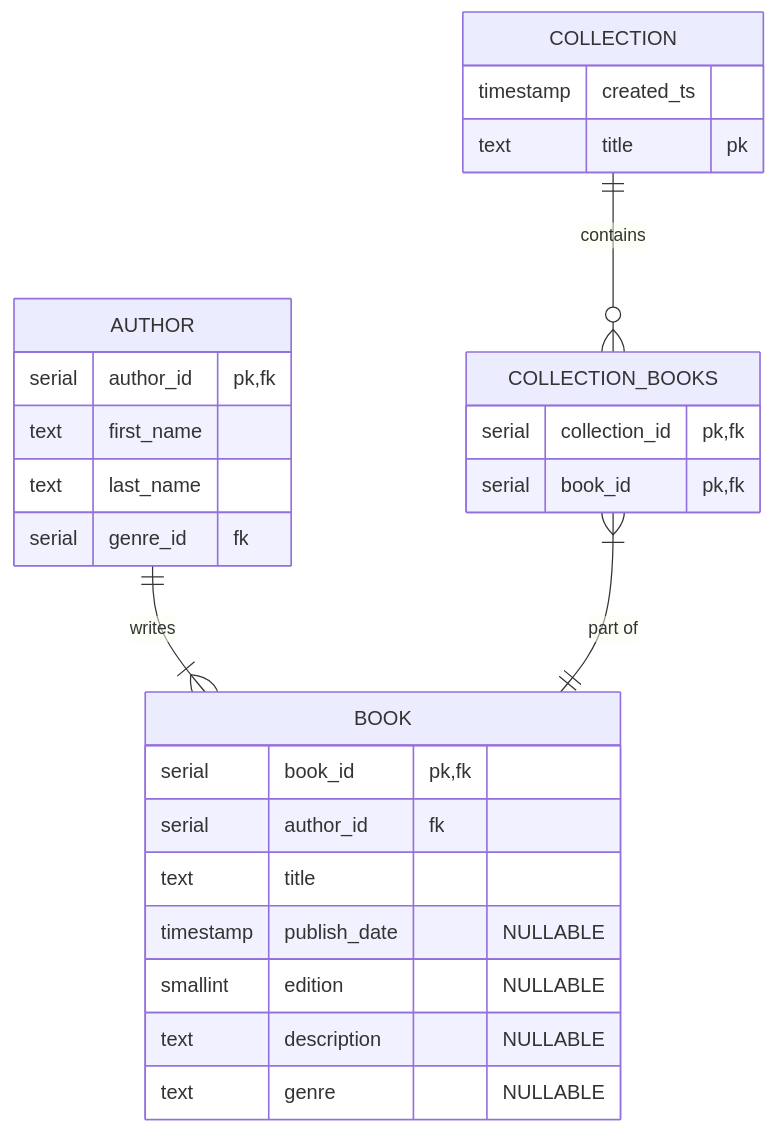
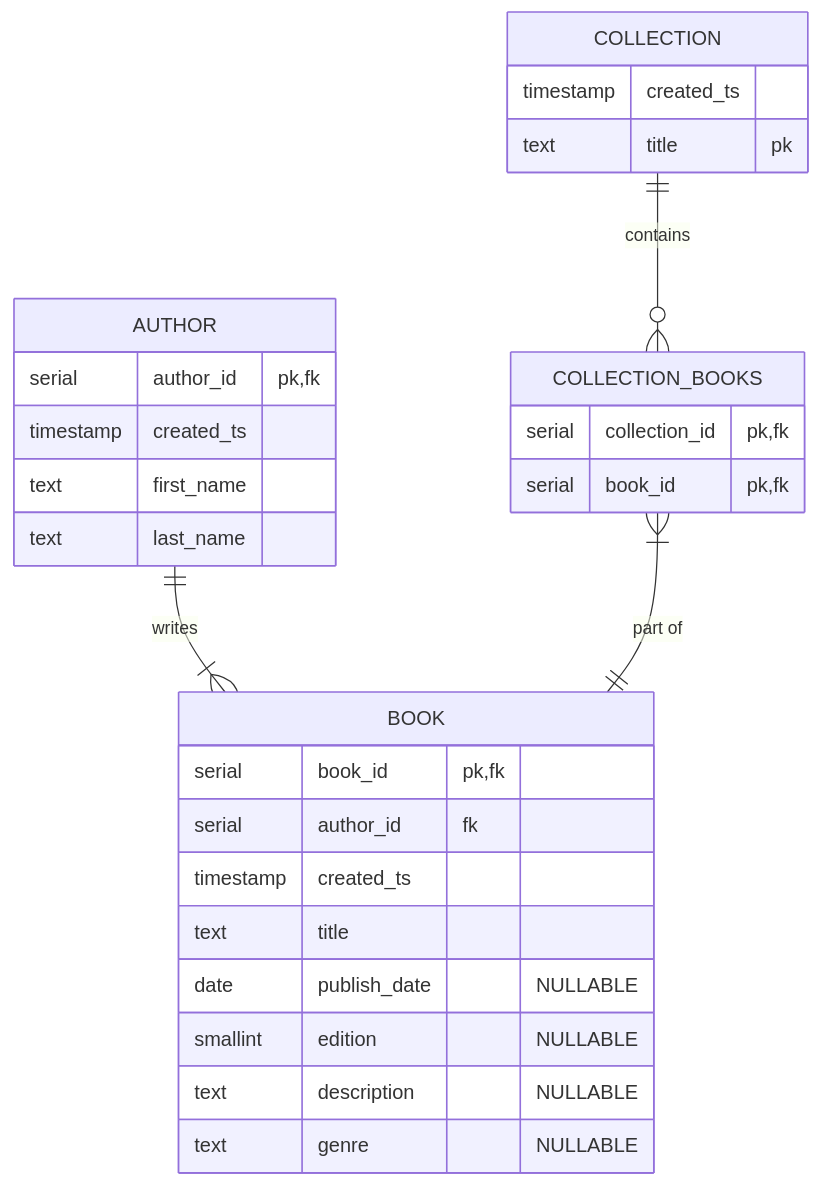
The diagram in docs/_assets/database_er_diagram.mermaid (Max-Clark/goshelf), drawn with Mermaid before and after one commit. The commit also changed 1 other file, not shown here.

Commit message:
fix: removed genre from author model

```diff
--- a/docs/_assets/database_er_diagram.mermaid
+++ b/docs/_assets/database_er_diagram.mermaid
@@ -1,31 +1,32 @@
 erDiagram
     AUTHOR ||--|{ BOOK:"writes"
     COLLECTION_BOOKS }|--|| BOOK:"part of"
     COLLECTION ||--o{ COLLECTION_BOOKS:"contains"
 
     BOOK {
         serial book_id pk, fk
         serial author_id fk
+        timestamp created_ts
         text title
-        timestamp publish_date "NULLABLE"
+        date publish_date "NULLABLE"
         smallint edition  "NULLABLE"
         text description "NULLABLE"
         text genre "NULLABLE"
     }
     
     AUTHOR {
         serial author_id pk, fk
+        timestamp created_ts
         text first_name
         text last_name
-        serial genre_id fk
     }
 
     COLLECTION_BOOKS {
         serial collection_id pk, fk
         serial book_id pk, fk
     }
 
     COLLECTION {
         timestamp created_ts
         text title pk
     }
```
